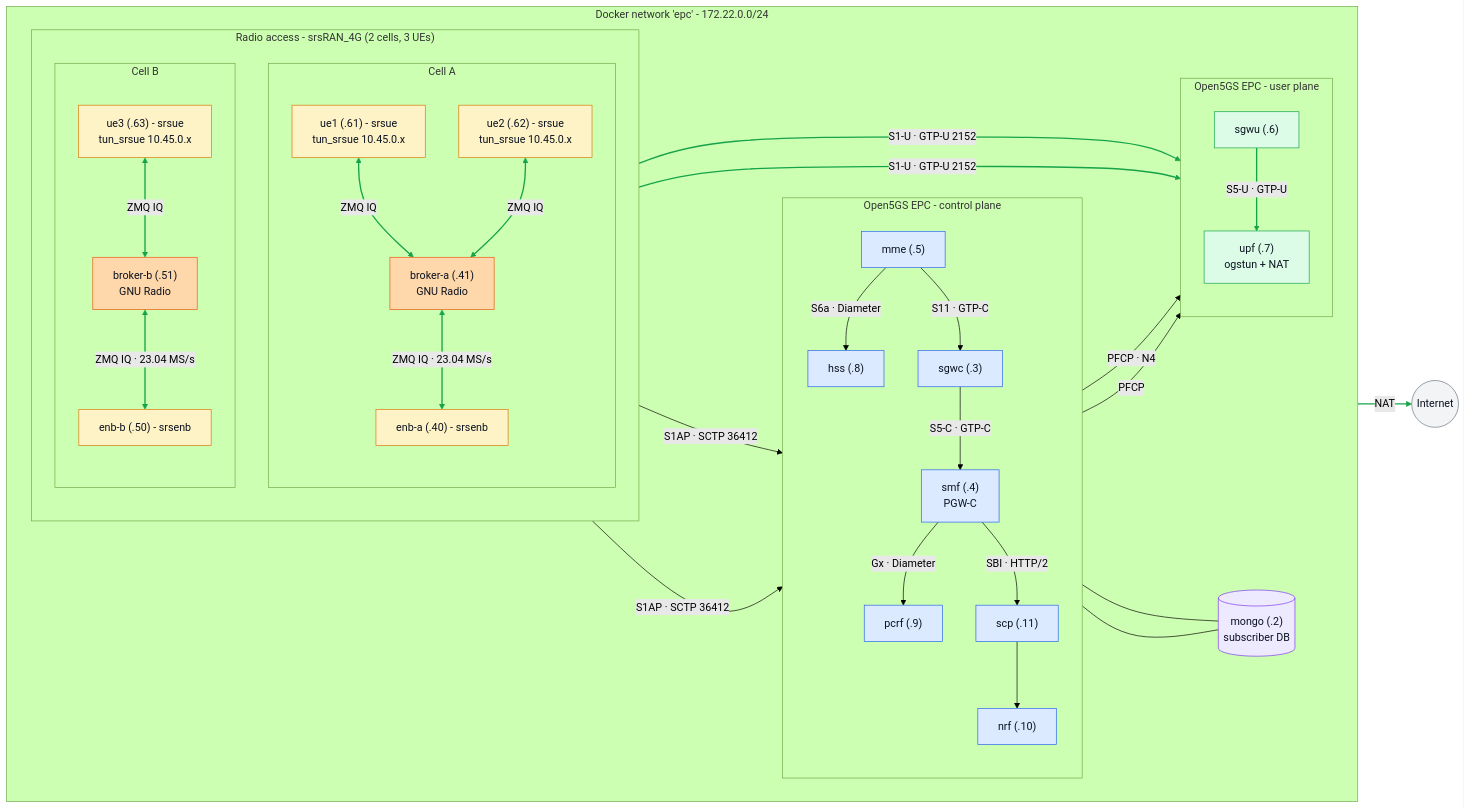
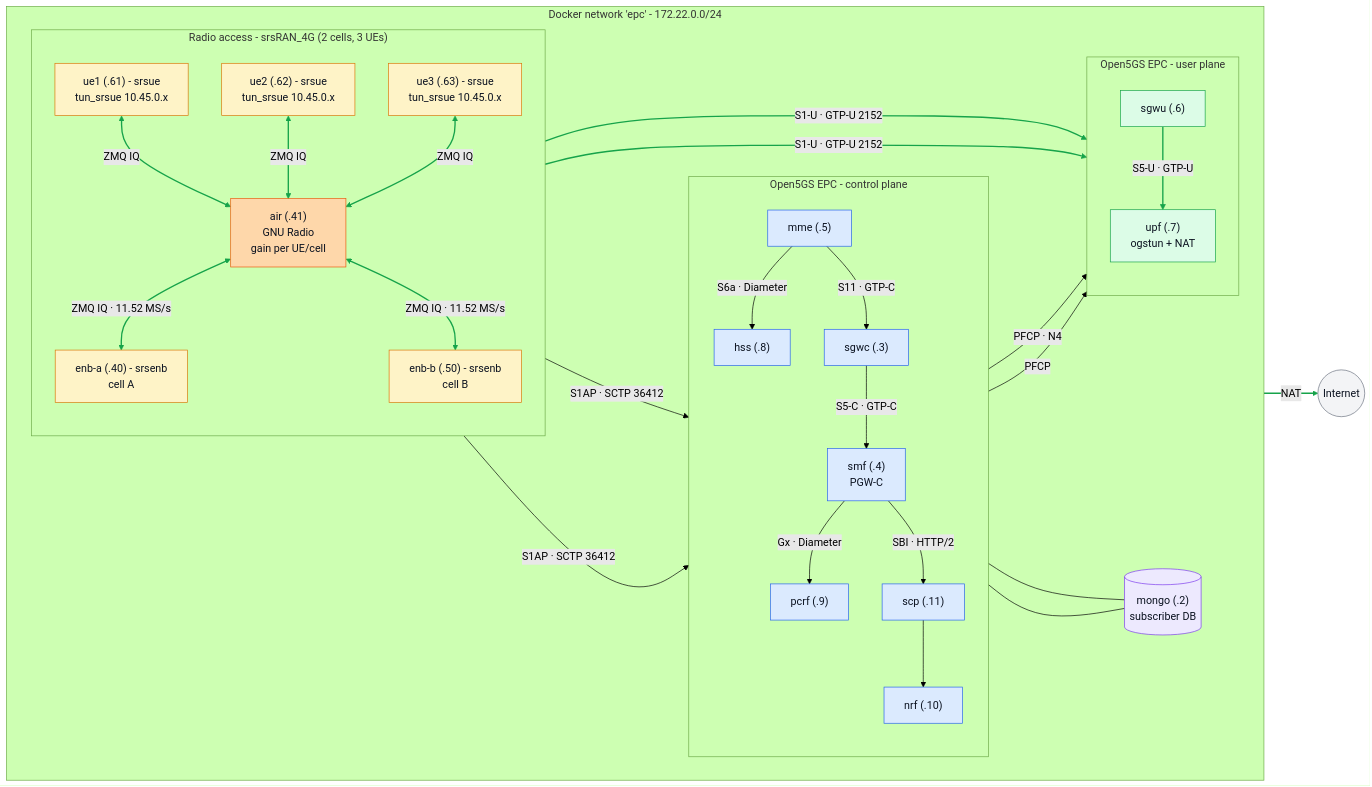
One commit to Tonemon/telecom-poc changed the diagram in docs/4G.md. Above: the diagram before and after it, drawn with Mermaid (forest theme). The commit also changed other lines of this file and 8 other files, not shown here.

Commit message:
docs: shared air, handover, radio stability findings, theory

```diff
--- a/docs/4G.md
+++ b/docs/4G.md
@@ -30,19 +30,12 @@
 
         subgraph ran["Radio access - srsRAN_4G (2 cells, 3 UEs)"]
             direction TB
-            subgraph cellA["Cell A"]
-                direction TB
-                ue1["ue1 (.61) - srsue<br/>tun_srsue 10.45.0.x"]
-                ue2["ue2 (.62) - srsue<br/>tun_srsue 10.45.0.x"]
-                brokerA["broker-a (.41)<br/>GNU Radio"]
-                enbA["enb-a (.40) - srsenb"]
-            end
-            subgraph cellB["Cell B"]
-                direction TB
-                ue3["ue3 (.63) - srsue<br/>tun_srsue 10.45.0.x"]
-                brokerB["broker-b (.51)<br/>GNU Radio"]
-                enbB["enb-b (.50) - srsenb"]
-            end
+            ue1["ue1 (.61) - srsue<br/>tun_srsue 10.45.0.x"]
+            ue2["ue2 (.62) - srsue<br/>tun_srsue 10.45.0.x"]
+            ue3["ue3 (.63) - srsue<br/>tun_srsue 10.45.0.x"]
+            air["air (.41)<br/>GNU Radio<br/>gain per UE/cell"]
+            enbA["enb-a (.40) - srsenb<br/>cell A"]
+            enbB["enb-b (.50) - srsenb<br/>cell B"]
         end
 
         subgraph cp["Open5GS EPC - control plane"]
@@ -67,11 +60,11 @@
 
     inet(("Internet"))
 
-    ue1 <-->|"ZMQ IQ"| brokerA
-    ue2 <-->|"ZMQ IQ"| brokerA
-    brokerA <-->|"ZMQ IQ · 23.04 MS/s"| enbA
-    ue3 <-->|"ZMQ IQ"| brokerB
-    brokerB <-->|"ZMQ IQ · 23.04 MS/s"| enbB
+    ue1 <-->|"ZMQ IQ"| air
+    ue2 <-->|"ZMQ IQ"| air
+    ue3 <-->|"ZMQ IQ"| air
+    air <-->|"ZMQ IQ · 11.52 MS/s"| enbA
+    air <-->|"ZMQ IQ · 11.52 MS/s"| enbB
 
     enbA -->|"S1AP · SCTP 36412"| mme
     enbA -->|"S1-U · GTP-U 2152"| sgwu
@@ -103,7 +96,7 @@
     class mme,sgwc,smf,hss,pcrf,scp,nrf cpNode
     class sgwu,upf upNode
     class ue1,ue2,ue3,enbA,enbB ranNode
-    class brokerA,brokerB brokerNode
+    class air brokerNode
     class mongo dbNode
     class inet extNode
 
```
